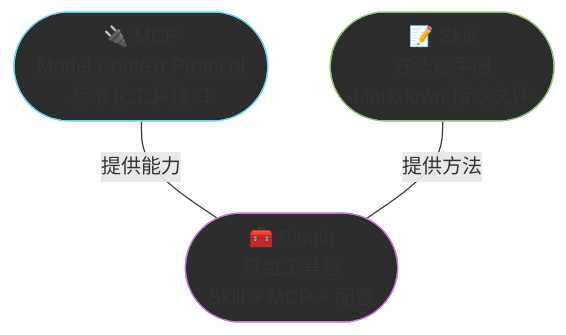
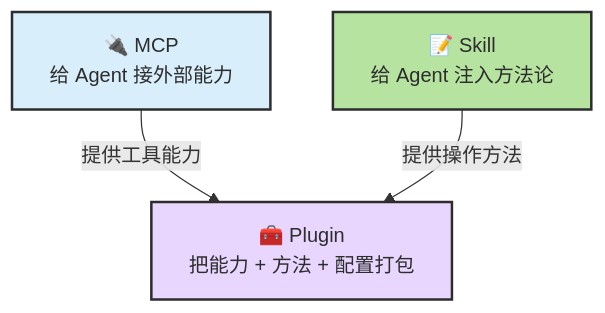
Before and after one commit to zht043/AgenticCodingTutorial: the second of 6 diagrams in docs/chapters/ch08-config-session.md, drawn with Mermaid. The commit also changed other lines of this file and 69 other files, not shown here.

Commit message:
optimize docs and add mermaid validation

````diff
--- a/docs/chapters/ch08-config-session.md
+++ b/docs/chapters/ch08-config-session.md
@@ -102,13 +102,13 @@
 ```mermaid
 flowchart TB
-    classDef mcp fill:#2d2d2d,stroke:#61dafb
-    classDef skill fill:#2d2d2d,stroke:#98c379
-    classDef plugin fill:#2d2d2d,stroke:#c678dd
+    classDef mcp fill:#d8eefb,stroke:#2d2d2d,stroke-width:2px,color:#2d2d2d
+    classDef skill fill:#b7e3a1,stroke:#2d2d2d,stroke-width:2px,color:#2d2d2d
+    classDef plugin fill:#e8d6ff,stroke:#2d2d2d,stroke-width:2px,color:#2d2d2d
 
-    MCP(["🔌 MCP<br/>Model Context Protocol<br/>标准化工具接口"]):::mcp
-    Skill(["📝 Skill<br/>方法论手册<br/>Markdown 指令文件"]):::skill
-    Plugin(["🧰 Plugin<br/>打包工具包<br/>Skill + MCP + 配置"]):::plugin
+    MCP["🔌 MCP<br/>给 Agent 接外部能力"]:::mcp
+    Skill["📝 Skill<br/>给 Agent 注入方法论"]:::skill
+    Plugin["🧰 Plugin<br/>把能力 + 方法 + 配置打包"]:::plugin
 
-    MCP ---|"提供能力"| Plugin
-    Skill ---|"提供方法"| Plugin
+    MCP -->|"提供工具能力"| Plugin
+    Skill -->|"提供操作方法"| Plugin
 ```
````
